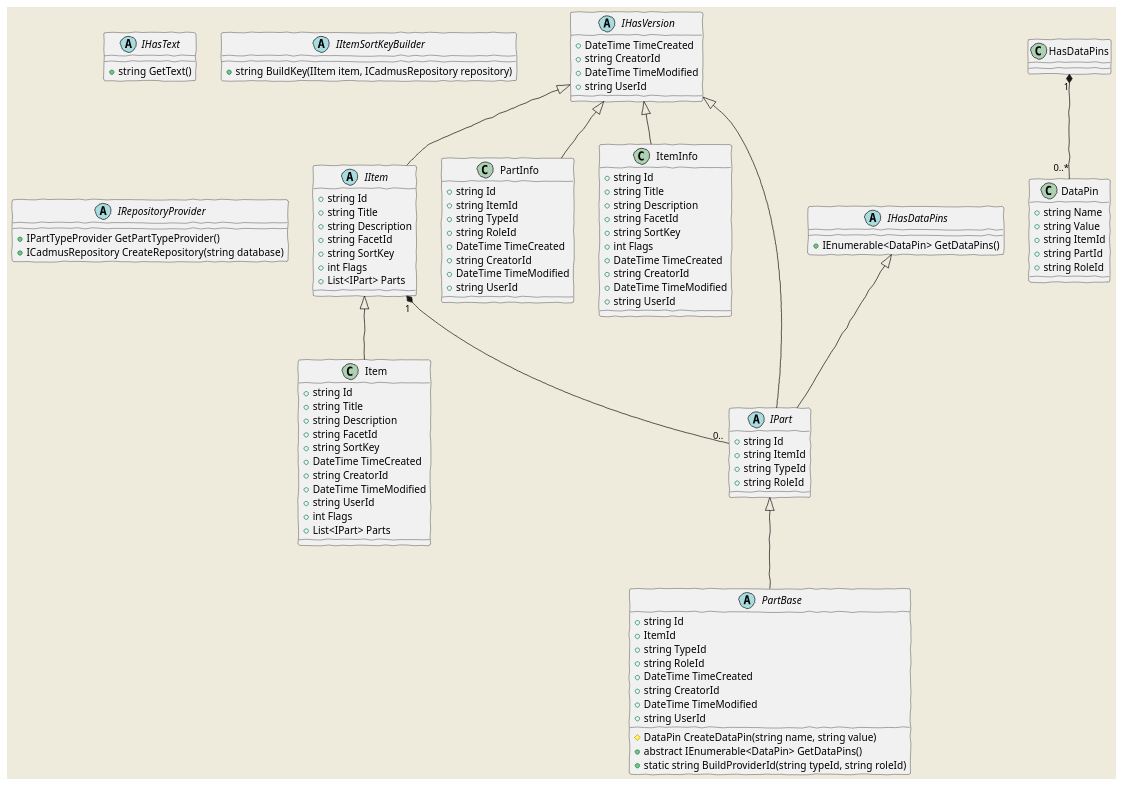
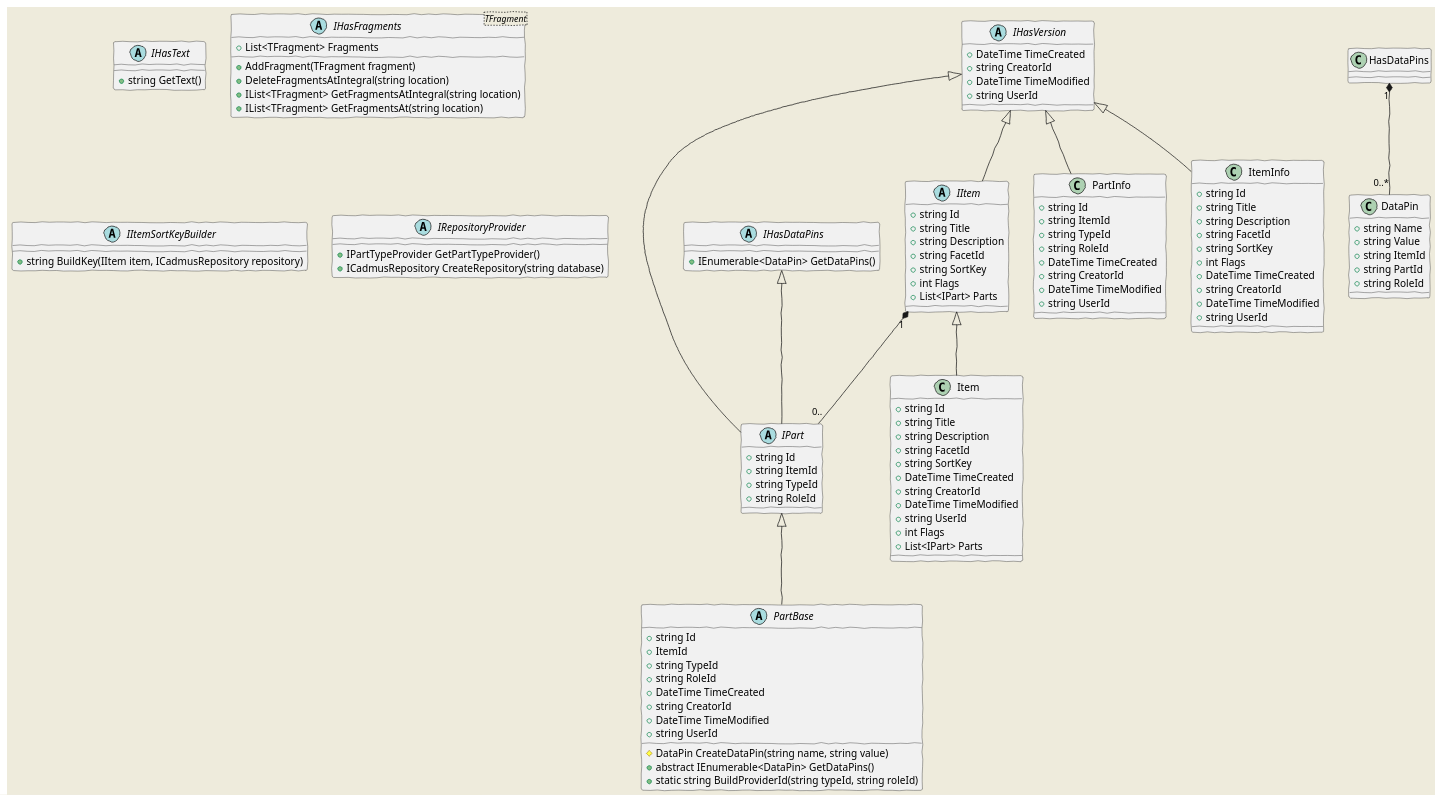
The first of 4 diagrams in Doc/core.md (vedph/cadmus_core), drawn with PlantUML before and after one commit. The commit also changed other lines of this file and 9 other files, not shown here.

```diff
--- a/Doc/core.md
+++ b/Doc/core.md
@@ -34,6 +34,13 @@
     DataPin : +string ItemId
     DataPin : +string PartId
     DataPin : +string RoleId
+
+    abstract class "IHasFragments<TFragment>" as IHasFragmentsT
+    IHasFragmentsT : +List<TFragment> Fragments
+    IHasFragmentsT : +AddFragment(TFragment fragment)
+    IHasFragmentsT : +DeleteFragmentsAtIntegral(string location)
+    IHasFragmentsT : +IList<TFragment> GetFragmentsAtIntegral(string location)
+    IHasFragmentsT : +IList<TFragment> GetFragmentsAt(string location)
 
     abstract class IPart
     IHasVersion <|-- IPart
```
